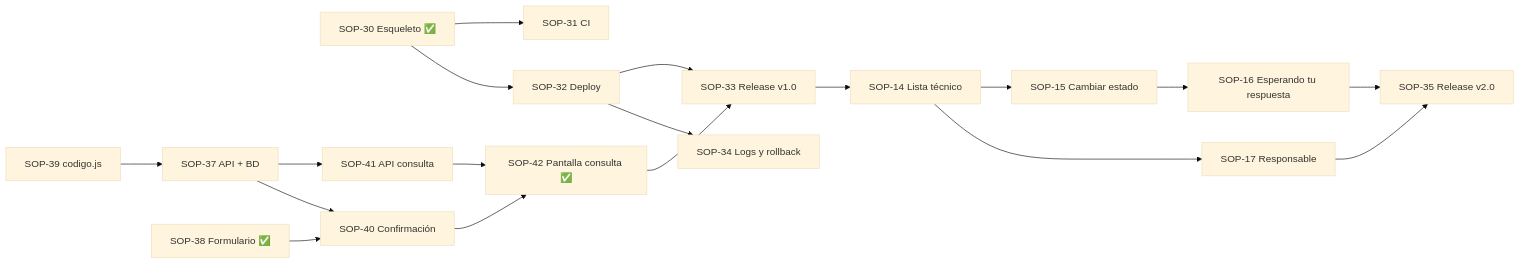
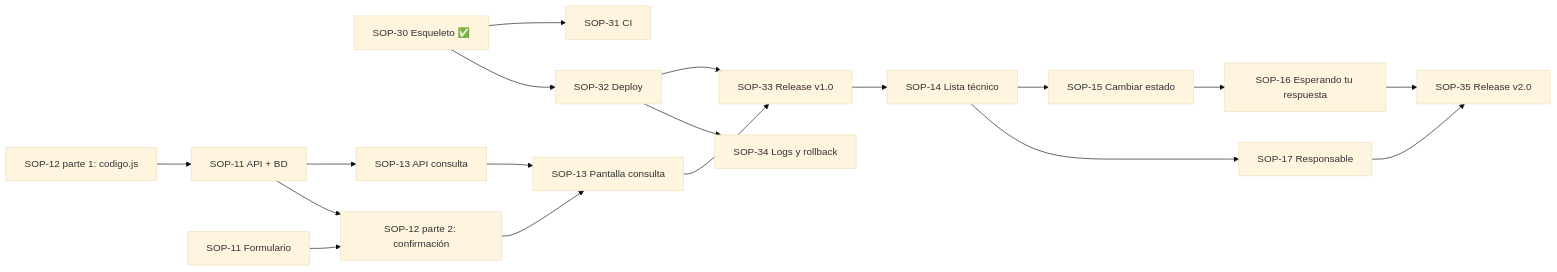
Before and after one commit to plag-soporte-eci/siguetucaso: the diagram in AGENTS.md, drawn with Mermaid (base theme). The commit also changed other lines of this file and 2 other files, not shown here.

Commit message:
SOP-43 limita el cambio de equipo al reemplazo del Scrum Master (#12)

````diff
--- a/AGENTS.md
+++ b/AGENTS.md
@@ -183,20 +183,20 @@
 ```mermaid
 flowchart LR
   S30[SOP-30 Esqueleto ✅] --> S31[SOP-31 CI]
   S30 --> S32[SOP-32 Deploy]
-  S39[SOP-39 codigo.js] --> S37[SOP-37 API + BD]
-  S37 --> S41[SOP-41 API consulta]
-  S38[SOP-38 Formulario ✅] --> S40[SOP-40 Confirmación]
-  S37 --> S40
-  S40 --> S42[SOP-42 Pantalla consulta ✅]
-  S41 --> S42
-  S42 --> S33[SOP-33 Release v1.0]
+  S12a[SOP-12 parte 1: codigo.js] --> S11b[SOP-11 API + BD]
+  S11b --> S13b[SOP-13 API consulta]
+  S11f[SOP-11 Formulario] --> S12b[SOP-12 parte 2: confirmación]
+  S11b --> S12b
+  S12b --> S13f[SOP-13 Pantalla consulta]
+  S13b --> S13f
+  S13f --> S33[SOP-33 Release v1.0]
   S32 --> S33
   S33 --> S14[SOP-14 Lista técnico]
   S14 --> S15[SOP-15 Cambiar estado]
   S15 --> S16[SOP-16 Esperando tu respuesta]
   S14 --> S17[SOP-17 Responsable]
   S16 --> S35[SOP-35 Release v2.0]
   S17 --> S35
   S32 --> S34[SOP-34 Logs y rollback]
 ```
````
